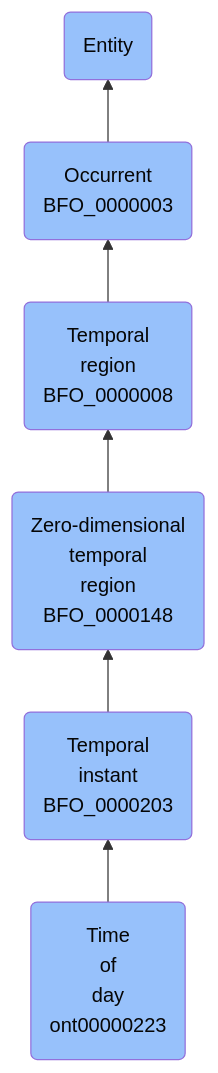
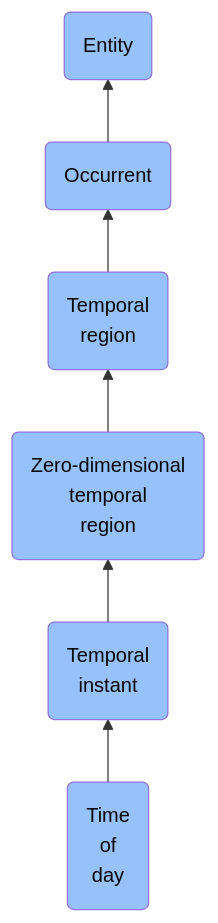
The diagram in docs/ontology/reference/model/Entity/Occurrent/Temporal region/Zero-dimensional temporal region/Temporal instant/Time of day/Time of day.md (jupyter-naas/abi), drawn with Mermaid before and after one commit. The commit also changed other lines of this file and 1430 other files, not shown here.

````diff
--- a/docs/ontology/reference/model/Entity/Occurrent/Temporal region/Zero-dimensional temporal region/Temporal instant/Time of day/Time of day.md
+++ b/docs/ontology/reference/model/Entity/Occurrent/Temporal region/Zero-dimensional temporal region/Temporal instant/Time of day/Time of day.md
@@ -24,13 +24,13 @@
 ```mermaid
 graph BT
-    ont00000223(Time<br>of<br>day<br>ont00000223):::BFO-->BFO_0000203
-    BFO_0000203(Temporal<br>instant<br>BFO_0000203):::BFO-->BFO_0000148
-    BFO_0000148(Zero-dimensional<br>temporal<br>region<br>BFO_0000148):::BFO-->BFO_0000008
-    BFO_0000008(Temporal<br>region<br>BFO_0000008):::BFO-->BFO_0000003
-    BFO_0000003(Occurrent<br>BFO_0000003):::BFO-->BFO_0000001
+    ont00000223(Time<br>of<br>day):::BFO-->BFO_0000203
+    BFO_0000203(Temporal<br>instant):::BFO-->BFO_0000148
+    BFO_0000148(Zero-dimensional<br>temporal<br>region):::BFO-->BFO_0000008
+    BFO_0000008(Temporal<br>region):::BFO-->BFO_0000003
+    BFO_0000003(Occurrent):::BFO-->BFO_0000001
     BFO_0000001(Entity):::BFO
     
     classDef BFO fill:#97c1fb,color:#060606
     classDef CCO fill:#e4c51e,color:#060606
     classDef ABI fill:#48DD82,color:#060606
 ```
````
